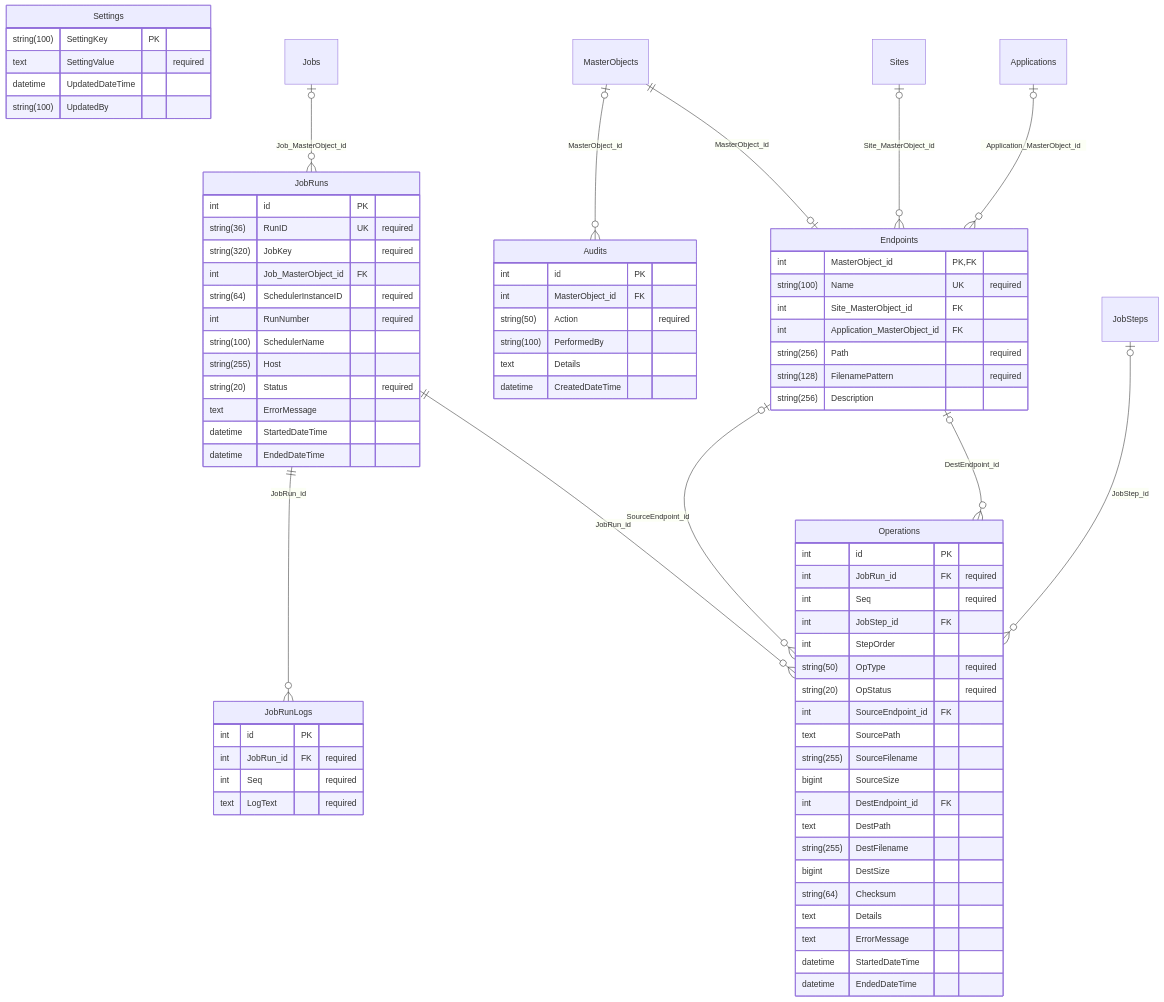
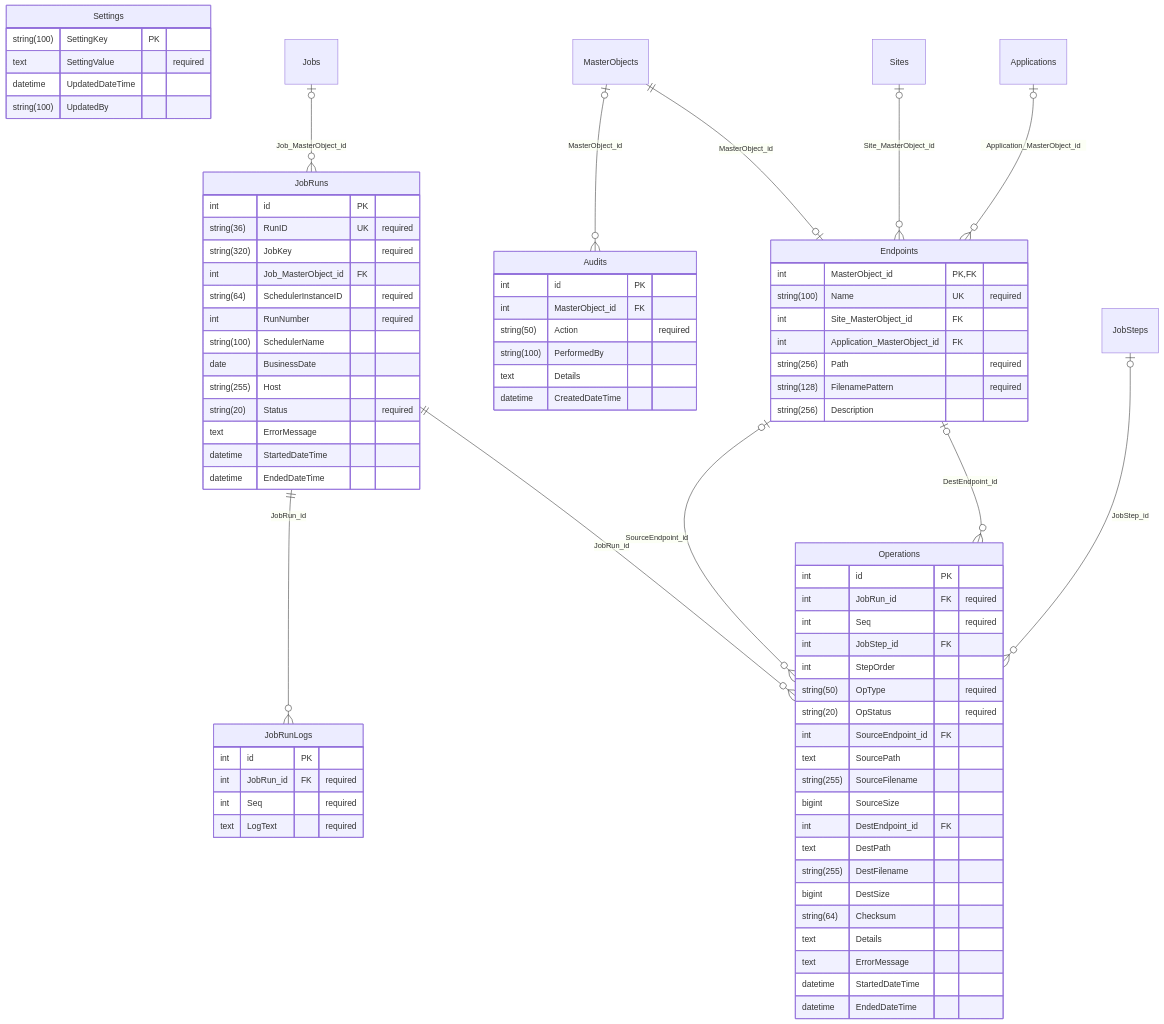
One commit to JayCBoal/AutomationApp changed the fourth of 4 diagrams in docs/DB_SCHEMA.md. Above: the diagram before and after it, drawn with Mermaid. The commit also changed other lines of this file and 36 other files, not shown here.

First line of the commit message:
Give runs a business date, the scheduler's environment, and Schedulers

````diff
--- a/docs/DB_SCHEMA.md
+++ b/docs/DB_SCHEMA.md
@@ -172,78 +182,79 @@
 ```mermaid
 erDiagram
     Endpoints {
         int MasterObject_id PK, FK
         string(100) Name UK "required"
         int Site_MasterObject_id FK
         int Application_MasterObject_id FK
         string(256) Path "required"
         string(128) FilenamePattern "required"
         string(256) Description
     }
     JobRuns {
         int id PK
         string(36) RunID UK "required"
         string(320) JobKey "required"
         int Job_MasterObject_id FK
         string(64) SchedulerInstanceID "required"
         int RunNumber "required"
         string(100) SchedulerName
+        date BusinessDate
         string(255) Host
         string(20) Status "required"
         text ErrorMessage
         datetime StartedDateTime
         datetime EndedDateTime
     }
     JobRunLogs {
         int id PK
         int JobRun_id FK "required"
         int Seq "required"
         text LogText "required"
     }
     Operations {
         int id PK
         int JobRun_id FK "required"
         int Seq "required"
         int JobStep_id FK
         int StepOrder
         string(50) OpType "required"
         string(20) OpStatus "required"
         int SourceEndpoint_id FK
         text SourcePath
         string(255) SourceFilename
         bigint SourceSize
         int DestEndpoint_id FK
         text DestPath
         string(255) DestFilename
         bigint DestSize
         string(64) Checksum
         text Details
         text ErrorMessage
         datetime StartedDateTime
         datetime EndedDateTime
     }
     Audits {
         int id PK
         int MasterObject_id FK
         string(50) Action "required"
         string(100) PerformedBy
         text Details
         datetime CreatedDateTime
     }
     Settings {
         string(100) SettingKey PK
         text SettingValue "required"
         datetime UpdatedDateTime
         string(100) UpdatedBy
     }
     MasterObjects |o--o{ Audits : "MasterObject_id"
     Jobs |o--o{ JobRuns : "Job_MasterObject_id"
     MasterObjects ||--o| Endpoints : "MasterObject_id"
     Sites |o--o{ Endpoints : "Site_MasterObject_id"
     Applications |o--o{ Endpoints : "Application_MasterObject_id"
     JobRuns ||--o{ JobRunLogs : "JobRun_id"
     JobRuns ||--o{ Operations : "JobRun_id"
     JobSteps |o--o{ Operations : "JobStep_id"
     Endpoints |o--o{ Operations : "SourceEndpoint_id"
     Endpoints |o--o{ Operations : "DestEndpoint_id"
 ```
````
